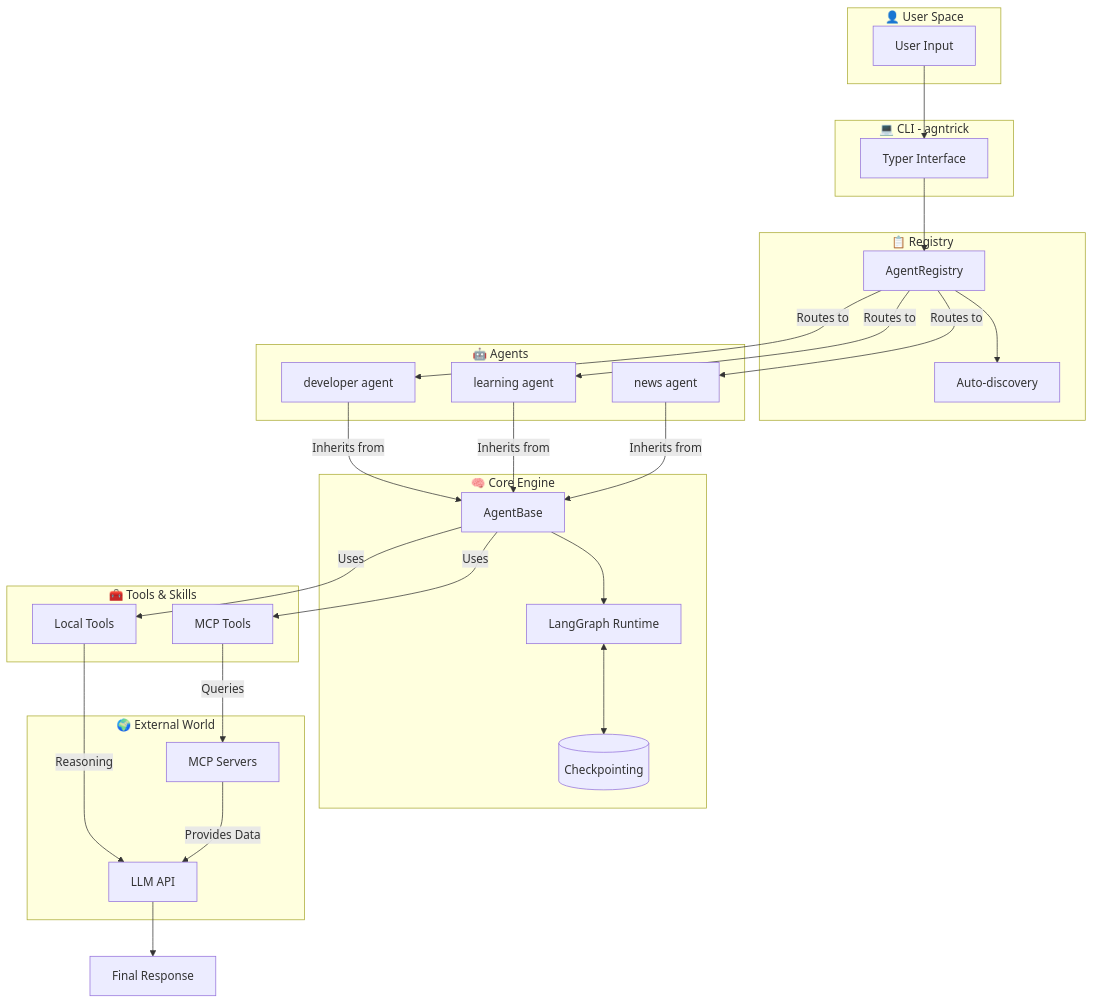
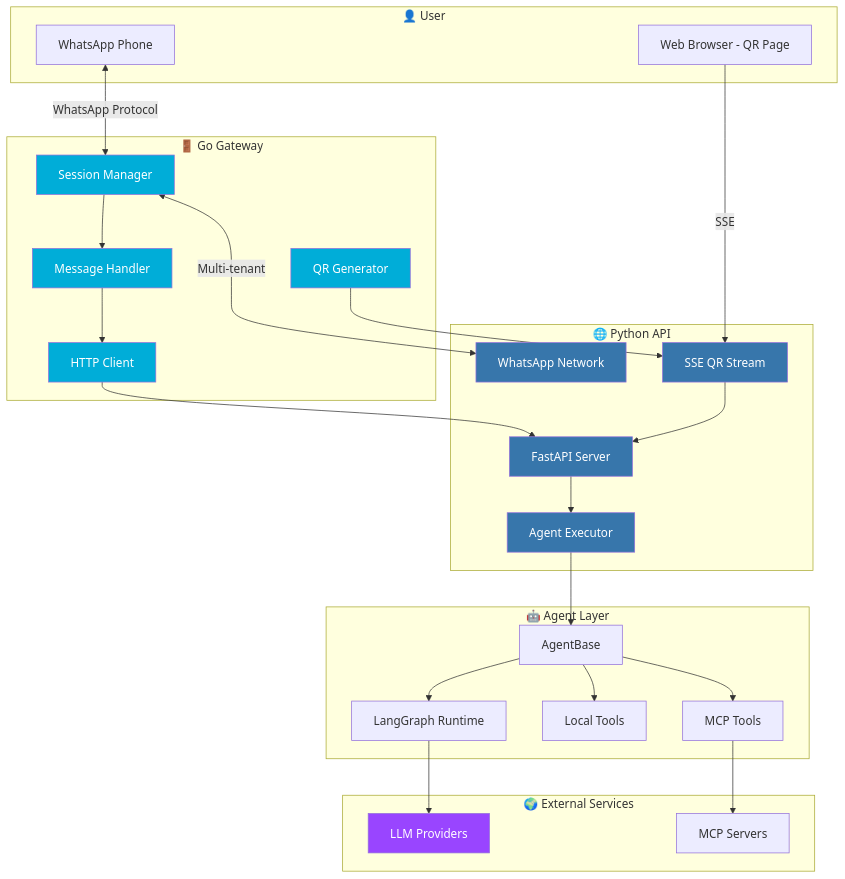
The diagram in README.md (jeancsil/agntrick), drawn with Mermaid before and after one commit. The commit also changed other lines of this file and 91 other files, not shown here.

First line of the commit message:
feat: multi-tenant WhatsApp API with Go gateway (#39)

````diff
--- a/README.md
+++ b/README.md
@@ -309,55 +186,64 @@
 ```mermaid
 flowchart TB
-    subgraph User [👤 User Space]
-        Input[User Input]
+    subgraph User [👤 User]
+        Phone[WhatsApp Phone]
+        Browser[Web Browser - QR Page]
     end
 
-    subgraph CLI [💻 CLI - agntrick]
-        Typer[Typer Interface]
+    subgraph Gateway [🚪 Go Gateway]
+        SM[Session Manager]
+        MH[Message Handler]
+        QG[QR Generator]
+        HC[HTTP Client]
     end
 
-    subgraph Registry [📋 Registry]
-        AR[AgentRegistry]
-        AD[Auto-discovery]
+    subgraph API [🌐 Python API]
+        FE[FastAPI Server]
+        WA[WhatsApp Routes]
+        AE[Agent Executor]
+        QR[SSE QR Stream]
     end
 
-    subgraph Agents [🤖 Agents]
-        Dev[developer agent]
-        Learning[learning agent]
-        News[news agent]
+    subgraph Agents [🤖 Agent Layer]
+        AB[AgentBase]
+        LG[LangGraph Runtime]
+        LT[Local Tools]
+        MT[MCP Tools]
     end
 
-    subgraph Core [🧠 Core Engine]
-        AB[AgentBase]
-        LG[LangGraph Runtime]
-        CP[(Checkpointing)]
+    subgraph External [🌍 External Services]
+        LLM[LLM Providers]
+        MCP[MCP Servers]
+        WA[WhatsApp Network]
     end
 
-    subgraph Tools [🧰 Tools & Skills]
-        LT[Local Tools]
-        MCP[MCP Tools]
-    end
+    Phone <-->|WhatsApp Protocol| SM
+    SM --> MH
+    MH --> HC
+    HC --> FE
 
-    subgraph External [🌍 External World]
-        LLM[LLM API]
-        MCPS[MCP Servers]
-    end
+    Browser -->|SSE| QR
+    QG --> QR
+    QR --> FE
 
-    Input --> Typer
-    Typer --> AR
-    AR --> AD
-    AR -->|Routes to| Dev & Learning & News
+    FE --> AE
+    AE --> AB
+    AB --> LG
+    AB --> LT
+    AB --> MT
 
-    Dev & Learning & News -->|Inherits from| AB
+    LG --> LLM
+    MT --> MCP
 
-    AB --> LG
-    LG <--> CP
-    AB -->|Uses| LT
-    AB -->|Uses| MCP
+    SM <-->|Multi-tenant| WA
 
-    LT -->|Reasoning| LLM
-    MCP -->|Queries| MCPS
-    MCPS -->|Provides Data| LLM
+    classDef whatsapp fill:#25D366,color:#fff
+    classDef go fill:#00ADD8,color:#fff
+    classDef python fill:#3776AB,color:#fff
+    classDef llm fill:#9945FF,color:#fff
 
-    LLM --> Output[Final Response]
+    class WA whatsapp
+    class SM,MH,QG,HC go
+    class FE,WA,AE,QR python
+    class LLM llm
 ```
````
